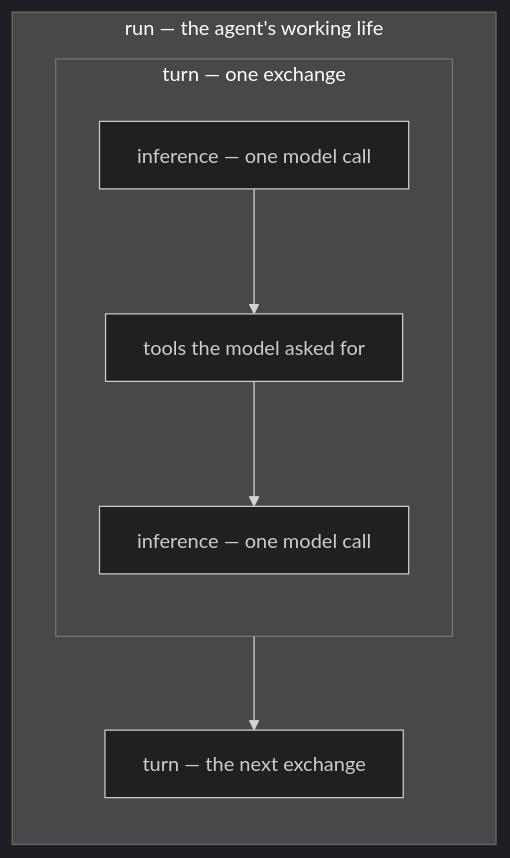
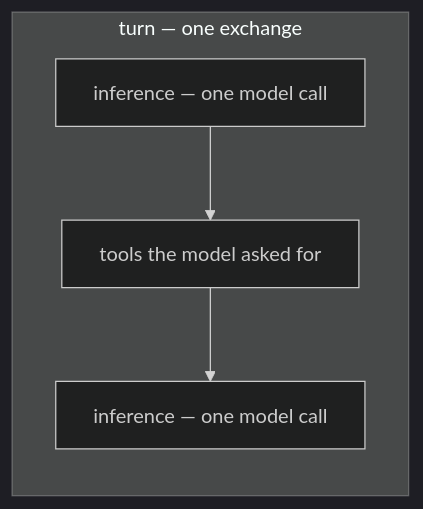
The first of 5 diagrams in docs/agent.md (genai-io/sdk-go), drawn with Mermaid (dark theme) before and after one commit. The commit also changed other lines of this file and 3 other files, not shown here.

First line of the commit message:
docs: an exchange, not a run

````diff
--- a/docs/agent.md
+++ b/docs/agent.md
@@ -33,15 +44,10 @@
 ```mermaid
 flowchart TB
-    subgraph run["run — the agent's working life"]
+    subgraph turn["turn — one exchange"]
         direction TB
-        subgraph turn["turn — one exchange"]
-            direction TB
-            inf1["inference — one model call"]
-            tools["tools the model asked for"]
-            inf2["inference — one model call"]
-            inf1 --> tools --> inf2
-        end
-        turn2["turn — the next exchange"]
-        turn --> turn2
+        inf1["inference — one model call"]
+        tools["tools the model asked for"]
+        inf2["inference — one model call"]
+        inf1 --> tools --> inf2
     end
 ```
````
